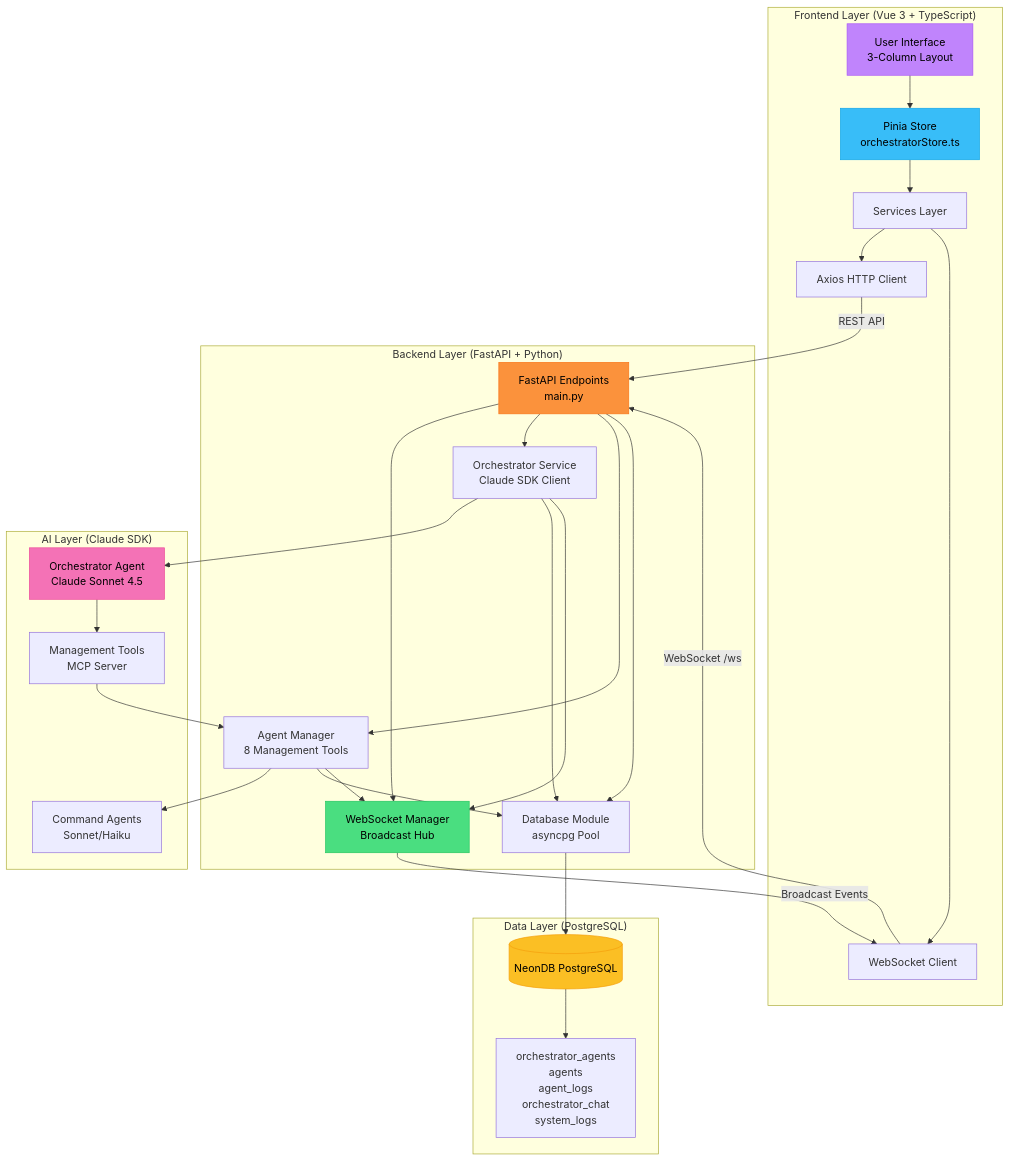
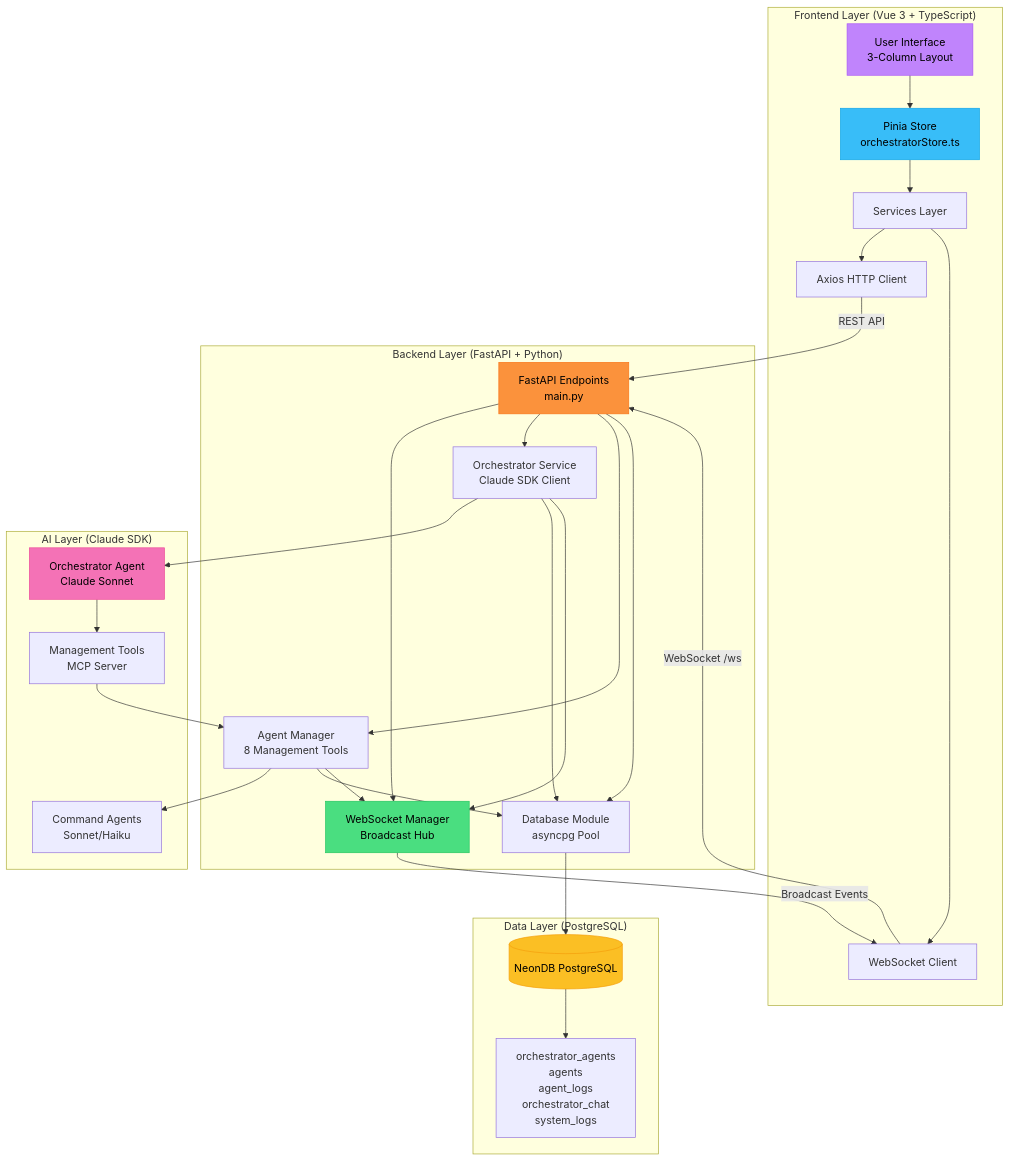
One commit to FreeDaDon/Agentic-Horizon-Lessons changed the diagram in 12. multi-agent-orchestration/README.md. Above: the diagram before and after it, drawn with Mermaid. The commit also changed other lines of this file and 172 other files, not shown here.

````diff
--- a/12. multi-agent-orchestration/README.md
+++ b/12. multi-agent-orchestration/README.md
@@ -172,65 +172,65 @@
 ```mermaid
 graph TB
     subgraph "Frontend Layer (Vue 3 + TypeScript)"
         UI[User Interface<br/>3-Column Layout]
         Store[Pinia Store<br/>orchestratorStore.ts]
         Services[Services Layer]
         WS_Client[WebSocket Client]
         HTTP_Client[Axios HTTP Client]
     end
 
     subgraph "Backend Layer (FastAPI + Python)"
         API[FastAPI Endpoints<br/>main.py]
         WSManager[WebSocket Manager<br/>Broadcast Hub]
         OrchService[Orchestrator Service<br/>Claude SDK Client]
         AgentMgr[Agent Manager<br/>8 Management Tools]
         Database[Database Module<br/>asyncpg Pool]
     end
 
     subgraph "Data Layer (PostgreSQL)"
         DB[(NeonDB PostgreSQL)]
         Tables[orchestrator_agents<br/>agents<br/>agent_logs<br/>orchestrator_chat<br/>system_logs]
     end
 
     subgraph "AI Layer (Claude SDK)"
-        Orchestrator[Orchestrator Agent<br/>Claude Sonnet 4.5]
+        Orchestrator[Orchestrator Agent<br/>Claude Sonnet]
         CommandAgents[Command Agents<br/>Sonnet/Haiku]
         Tools[Management Tools<br/>MCP Server]
     end
 
     UI --> Store
     Store --> Services
     Services --> HTTP_Client
     Services --> WS_Client
 
     HTTP_Client -->|REST API| API
     WS_Client -->|WebSocket /ws| API
 
     API --> WSManager
     API --> OrchService
     API --> AgentMgr
     API --> Database
 
     WSManager -->|Broadcast Events| WS_Client
 
     OrchService --> Orchestrator
     OrchService --> Database
     OrchService --> WSManager
 
     AgentMgr --> CommandAgents
     AgentMgr --> Database
     AgentMgr --> WSManager
 
     Orchestrator --> Tools
     Tools --> AgentMgr
 
     Database --> DB
     DB --> Tables
 
     style UI fill:#c084fc,stroke:#a855f7,color:#000
     style Store fill:#38bdf8,stroke:#0ea5e9,color:#000
     style API fill:#fb923c,stroke:#f97316,color:#000
     style WSManager fill:#4ade80,stroke:#22c55e,color:#000
     style DB fill:#fbbf24,stroke:#f59e0b,color:#000
     style Orchestrator fill:#f472b6,stroke:#ec4899,color:#000
 ```
````
